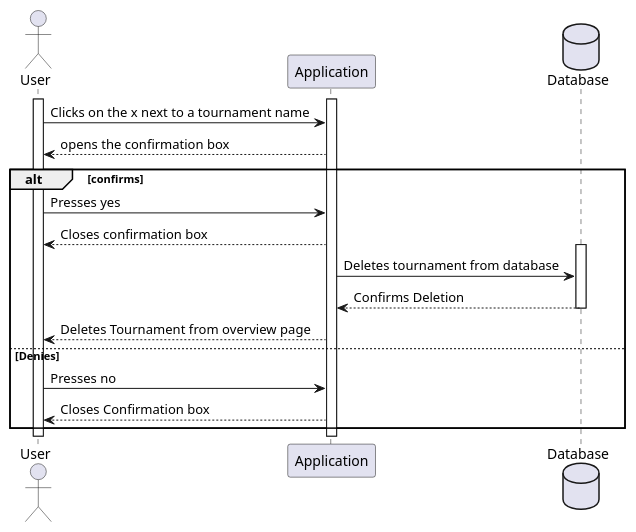
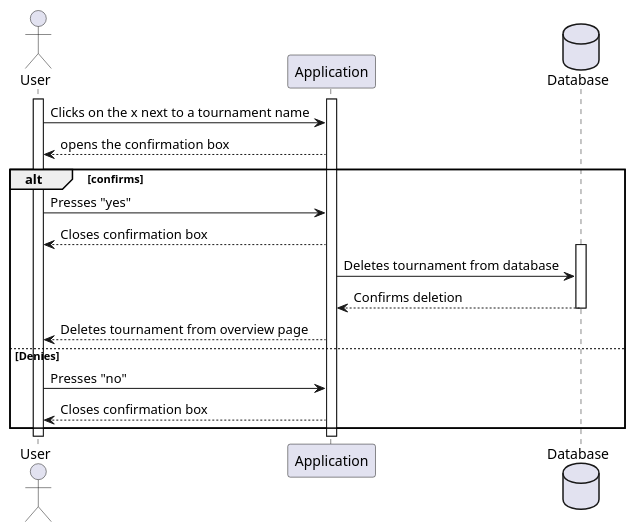
Before and after one commit to itzMesh/DCST1008-Prosjekt: the diagram in ProjektUML/SequencediagramUserAppData/sequence_diagram_deleteTournament.wsd, drawn with PlantUML. The commit also changed 15 other files, not shown here.

```diff
--- a/ProjektUML/SequencediagramUserAppData/sequence_diagram_deleteTournament.wsd
+++ b/ProjektUML/SequencediagramUserAppData/sequence_diagram_deleteTournament.wsd
@@ -1,28 +1,28 @@
 @startuml createTournament
 
 actor User as U
 participant Application as A
 Database Database as D
 
 activate U
 activate A
 
 U->A: Clicks on the x next to a tournament name
 A-->U: opens the confirmation box
 alt confirms
-    U->A: Presses yes
+    U->A: Presses "yes"
     A-->U: Closes confirmation box
     activate D
     A->D: Deletes tournament from database
-    D-->A: Confirms Deletion
+    D-->A: Confirms deletion
     deactivate D
-    A-->U: Deletes Tournament from overview page
+    A-->U: Deletes tournament from overview page
 else Denies
-    U->A: Presses no
-    A-->U: Closes Confirmation box
+    U->A: Presses "no"
+    A-->U: Closes confirmation box
 
 end
 
 
 
 @enduml
```
